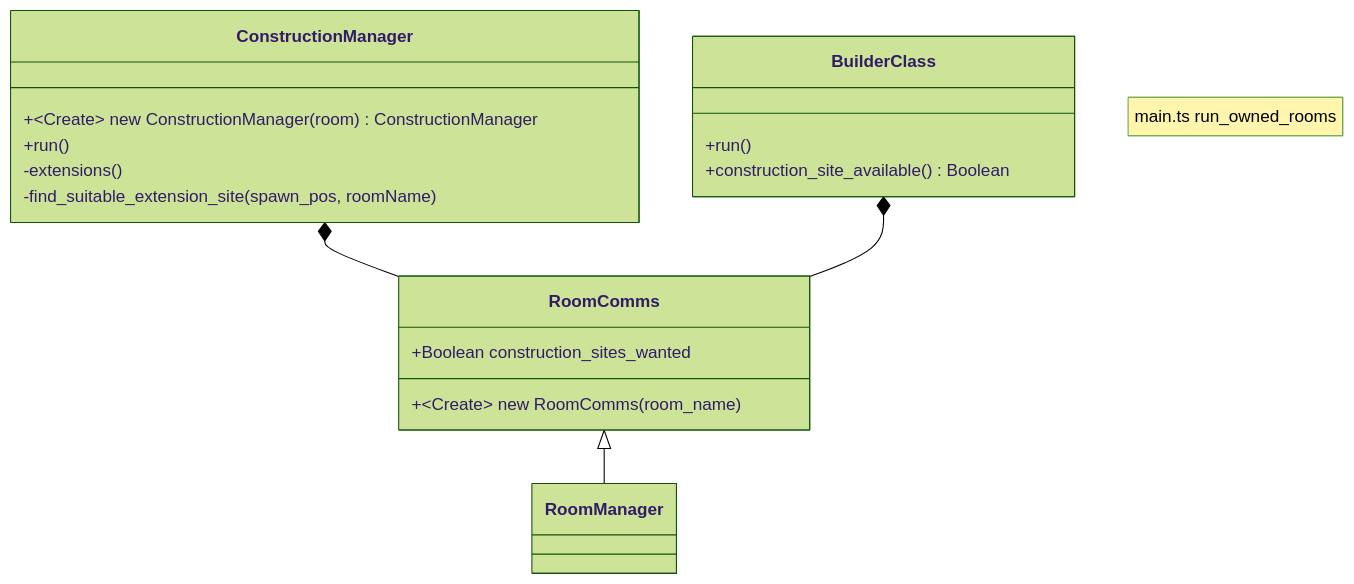
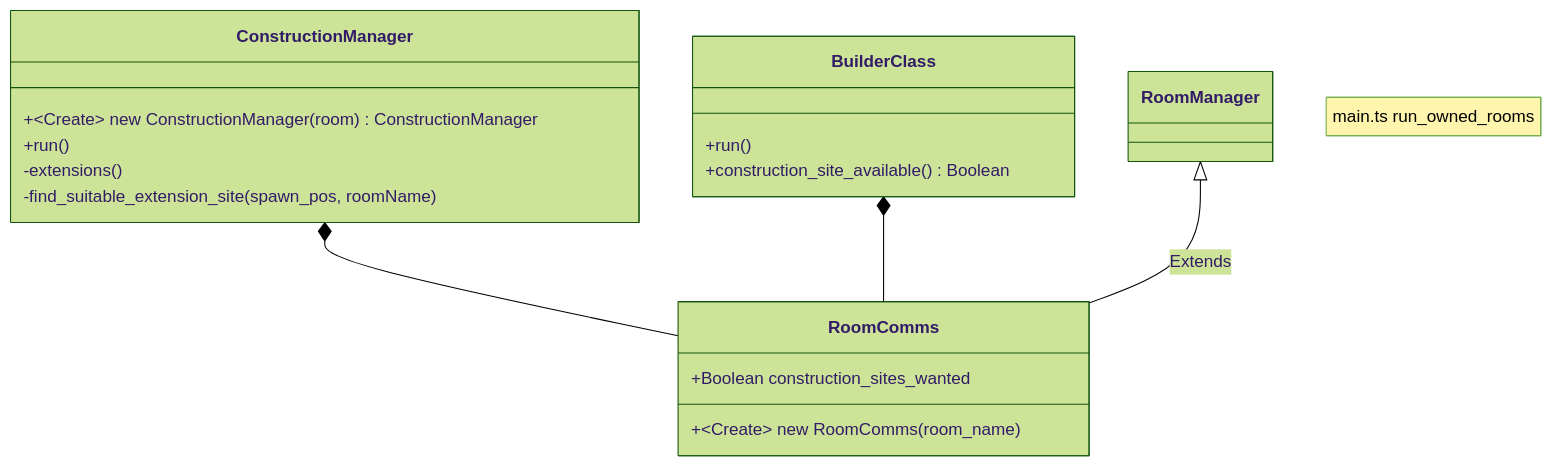
The diagram in docs/comms.md (Jeroendevr/-Screeps_AI_TS_Jest), drawn with Mermaid (forest theme) before and after one commit.

Commit message:
proper relation

````diff
--- a/docs/comms.md
+++ b/docs/comms.md
@@ -5,28 +5,28 @@
 ```{mermaid}
 classDiagram
     note "main.ts run_owned_rooms"
     ConstructionManager *-- RoomComms
     BuilderClass *-- RoomComms
-    RoomComms <|-- RoomManager
+    RoomManager <|-- RoomComms : Extends
 
     class ConstructionManager {
         +~Create~ new ConstructionManager(room) ConstructionManager
         +run()
         -extensions()
         -find_suitable_extension_site(spawn_pos, roomName)
     }
 
     class RoomManager {
 
     }
     class RoomComms{
         +Boolean construction_sites_wanted
         +~Create~ new RoomComms(room_name)
 
     }
 
     class BuilderClass {
         +run()
         +construction_site_available() Boolean
     }
 ```
````
